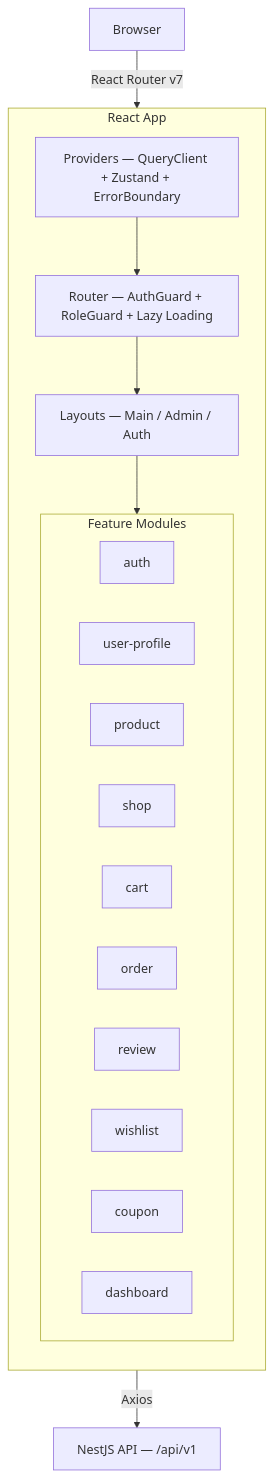
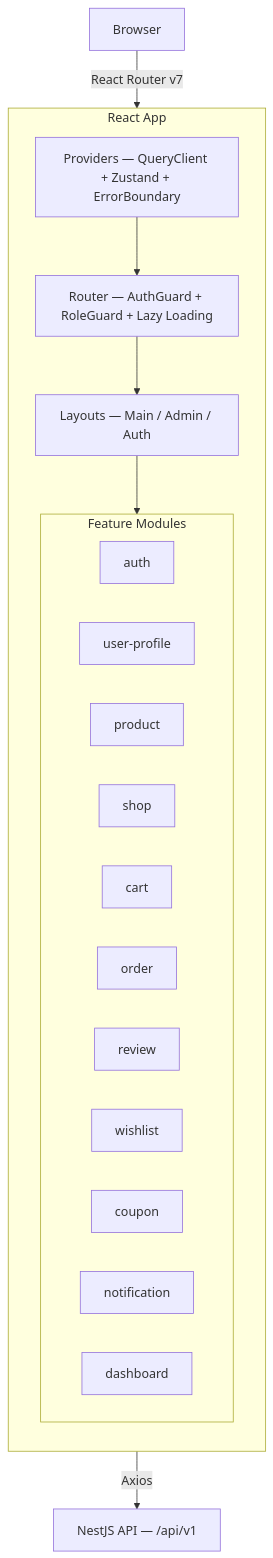
One commit to Hy-Khang/E-commerce-shop-Amazon- changed the first of 2 diagrams in frontend-react/docs/FE-ARCHITECTURE.md. Above: the diagram before and after it, drawn with Mermaid. The commit also changed other lines of this file and 8 other files, not shown here.

````diff
--- a/frontend-react/docs/FE-ARCHITECTURE.md
+++ b/frontend-react/docs/FE-ARCHITECTURE.md
@@ -5,27 +5,28 @@
 ```mermaid
 graph TB
     Browser["Browser"] -->|React Router v7| App["React 19 + Vite"]
 
     subgraph App["React App"]
         direction TB
         Providers["Providers — QueryClient + Zustand + ErrorBoundary"]
         Providers --> Router["Router — AuthGuard + RoleGuard + Lazy Loading"]
         Router --> Layouts["Layouts — Main / Admin / Auth"]
         Layouts --> Features
 
         subgraph Features["Feature Modules"]
             Auth["auth"]
             UP["user-profile"]
             Prod["product"]
             Shop["shop"]
             Cart["cart"]
             Order["order"]
             Review["review"]
             Wishlist["wishlist"]
             Coupon["coupon"]
+            Notification["notification"]
             Dashboard["dashboard"]
         end
     end
 
     App -->|Axios| API["NestJS API — /api/v1"]
 ```
````
